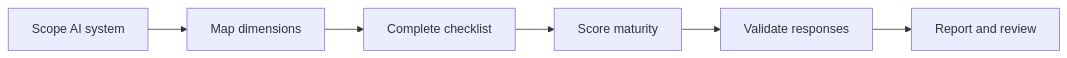
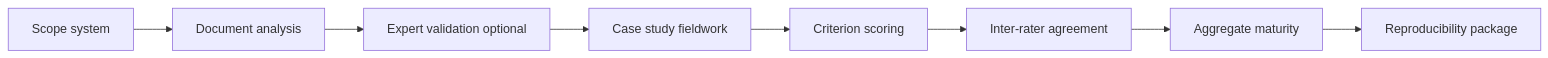
The diagram in docs/methodology.md (cesar-andress/localgovbench), drawn with Mermaid before and after one commit. The commit also changed other lines of this file and 6 other files, not shown here.

````diff
--- a/docs/methodology.md
+++ b/docs/methodology.md
@@ -15,8 +125,10 @@
 ```mermaid
 flowchart LR
-  A[Scope AI system] --> B[Map dimensions]
-  B --> C[Complete checklist]
-  C --> D[Score maturity]
-  D --> E[Validate responses]
-  E --> F[Report and review]
+  A[Scope system] --> B[Document analysis]
+  B --> C[Expert validation optional]
+  C --> D[Case study fieldwork]
+  D --> E[Criterion scoring]
+  E --> F[Inter-rater agreement]
+  F --> G[Aggregate maturity]
+  G --> H[Reproducibility package]
 ```
````
